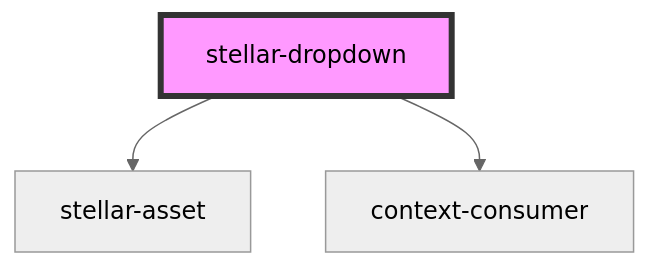
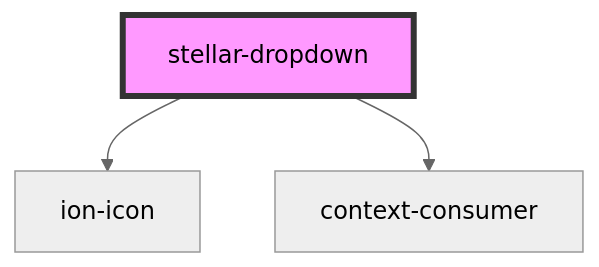
The diagram in src/components/ui/dropdown/readme.md (splitinfinities/Stellar), drawn with Mermaid (neutral theme) before and after one commit. The commit also changed other lines of this file and 108 other files, not shown here.

Commit message:
Remove stellar-asset.

````diff
--- a/src/components/ui/dropdown/readme.md
+++ b/src/components/ui/dropdown/readme.md
@@ -77,6 +77,6 @@
 ```mermaid
 graph TD;
-  stellar-dropdown --> stellar-asset
+  stellar-dropdown --> ion-icon
   stellar-dropdown --> context-consumer
   style stellar-dropdown fill:#f9f,stroke:#333,stroke-width:4px
 ```
````
